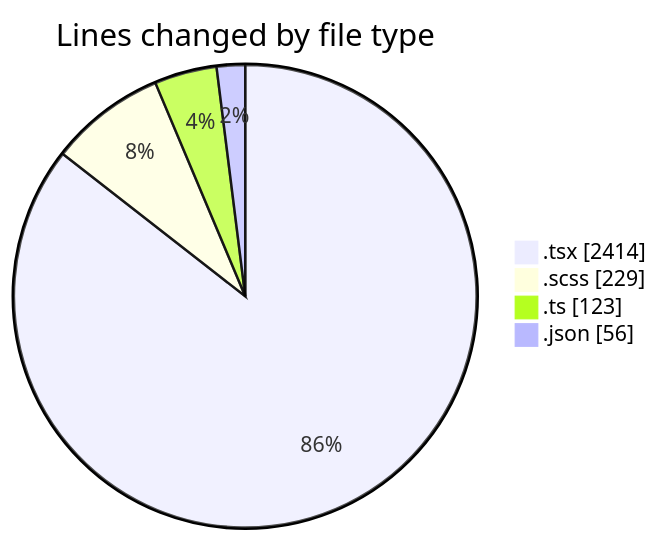
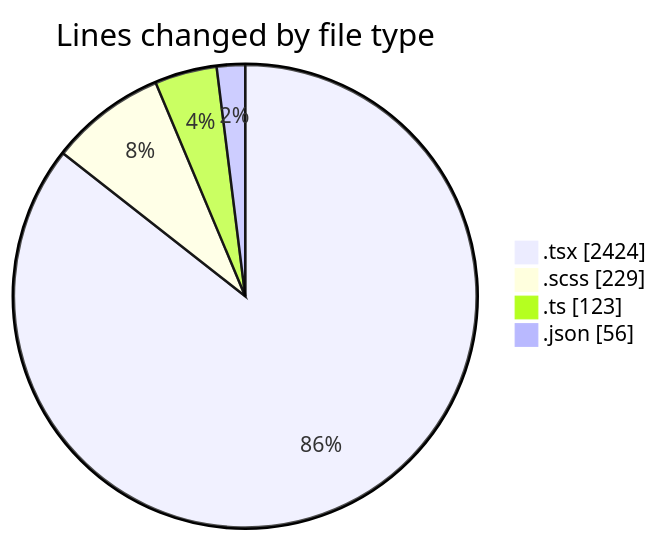
The first of 2 diagrams in 2026-10-30/cda/README.md (momahboobian/code-tracking), drawn with Mermaid before and after one commit. The commit also changed other lines of this file and 1 other file, not shown here.

````diff
--- a/2026-10-30/cda/README.md
+++ b/2026-10-30/cda/README.md
@@ -38,8 +38,8 @@
 ```mermaid
 pie showData
 title Lines changed by file type
-".tsx" : 2414
+".tsx" : 2424
 ".scss" : 229
 ".ts" : 123
 ".json" : 56
 ```
````
